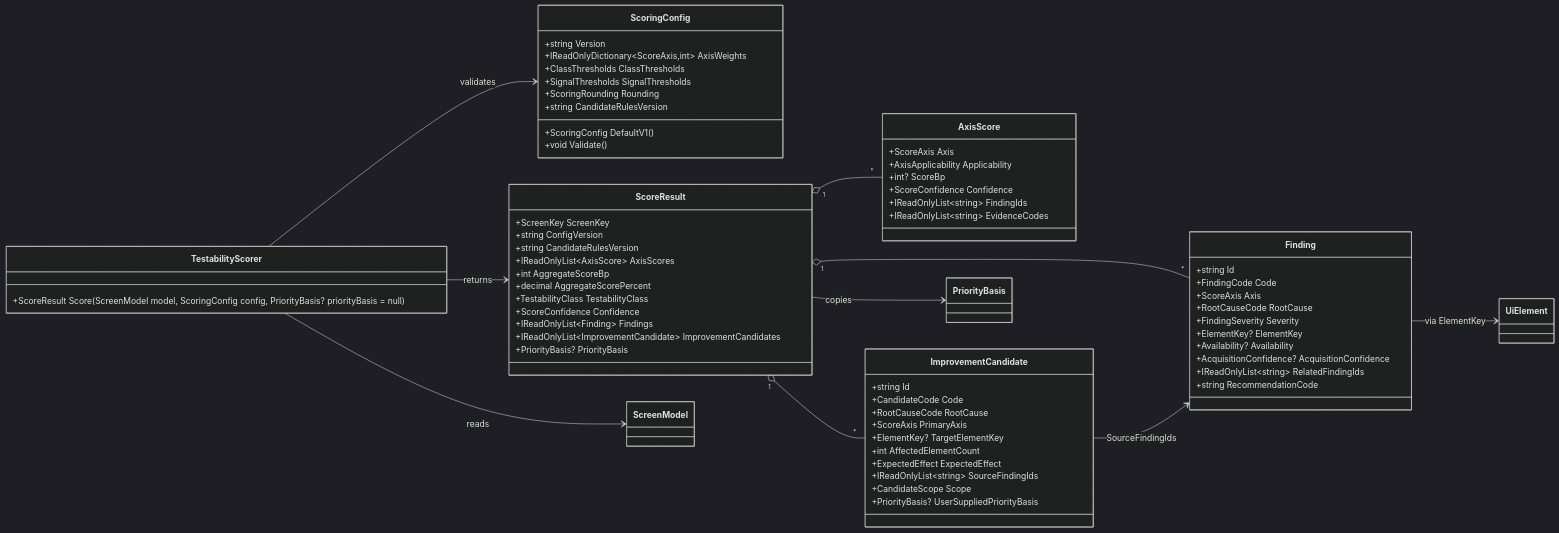
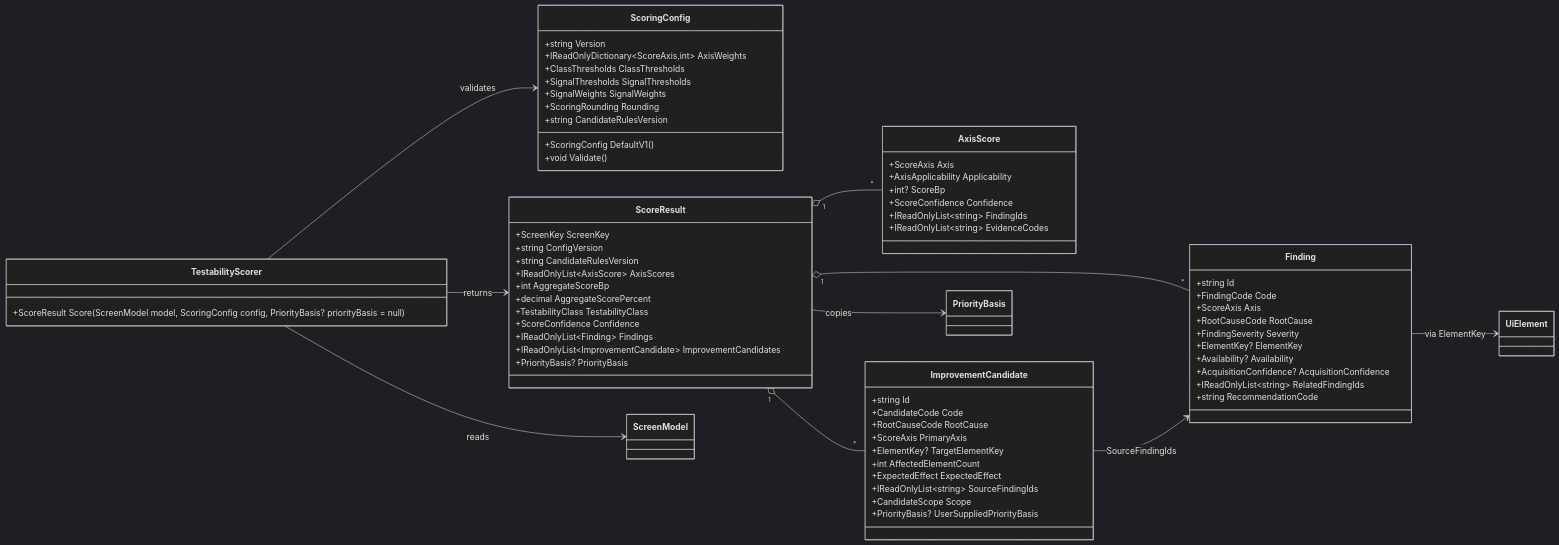
Before and after one commit to urario/Surveyor: the first of 2 diagrams in knowledge/design/des-0010-scoring-classification-and-improvement-candidates.md, drawn with Mermaid (dark theme). The commit also changed other lines of this file and 3 other files, not shown here.

```diff
--- a/knowledge/design/des-0010-scoring-classification-and-improvement-candidates.md
+++ b/knowledge/design/des-0010-scoring-classification-and-improvement-candidates.md
@@ -183,6 +184,7 @@
     +IReadOnlyDictionary~ScoreAxis,int~ AxisWeights
     +ClassThresholds ClassThresholds
     +SignalThresholds SignalThresholds
+    +SignalWeights SignalWeights
     +ScoringRounding Rounding
     +string CandidateRulesVersion
     +ScoringConfig DefaultV1()
```
